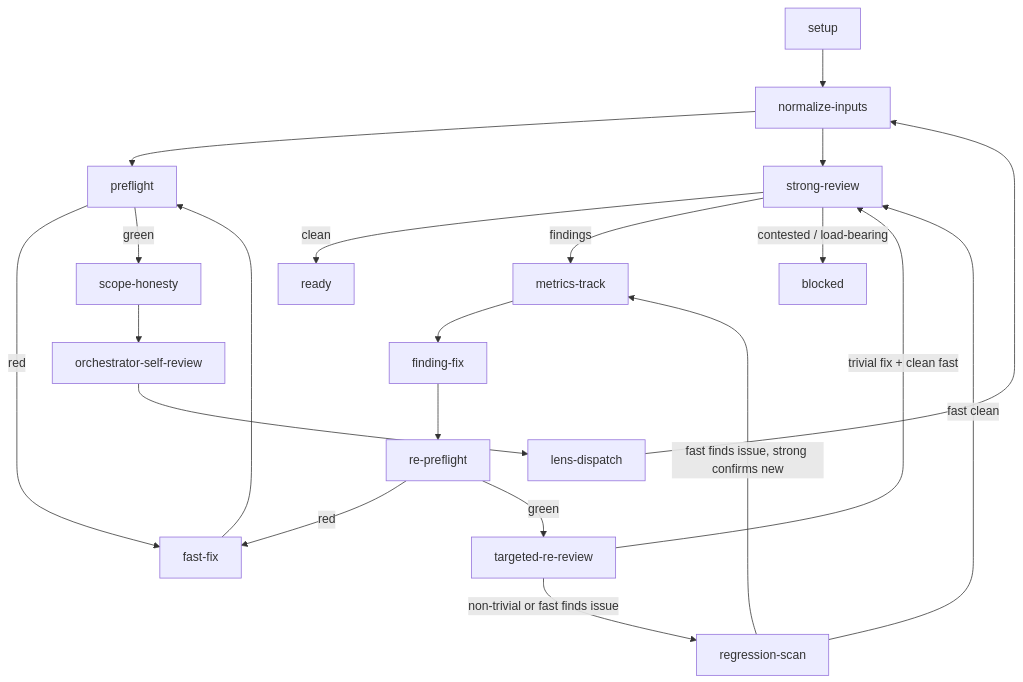
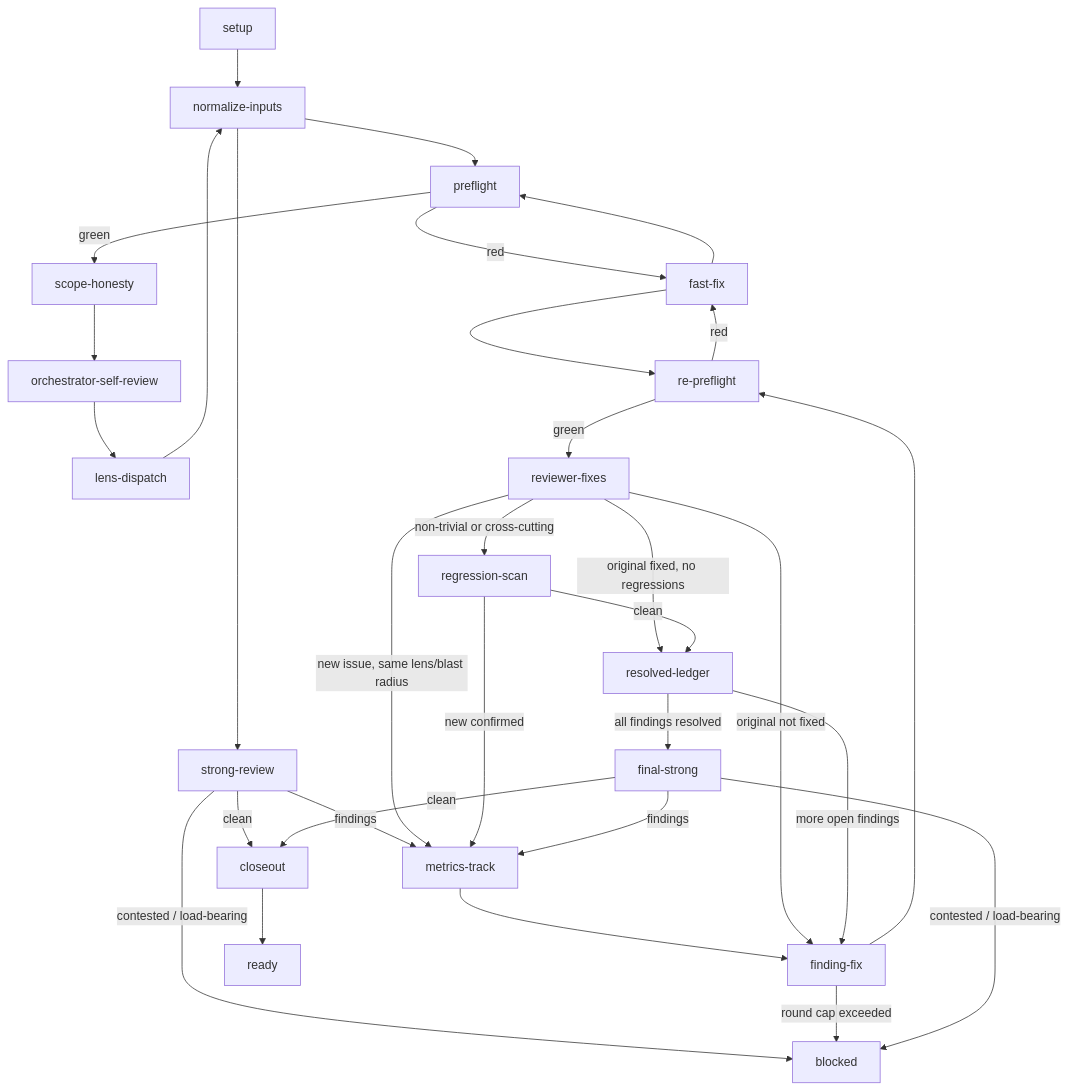
The diagram in .agents/skills/iterative-review/references/review-state-graph.md (HarleyBartles/agent-asset-marketplace), drawn with Mermaid before and after one commit. The commit also changed other lines of this file and 12 other files, not shown here.

First line of the commit message:
Reduce iterative-review churn with lens-aware reviewer-fixes and implementer-driven fixes (#267)

````diff
--- a/.agents/skills/iterative-review/references/review-state-graph.md
+++ b/.agents/skills/iterative-review/references/review-state-graph.md
@@ -9,23 +9,32 @@
 ```mermaid
 flowchart TD
-    setup --> normalize-inputs
-    normalize-inputs --> preflight
-    preflight -->|red| fast-fix
-    fast-fix --> preflight
-    preflight -->|green| scope-honesty
-    scope-honesty --> orchestrator-self-review
+    setup --> normalize-inputs --> preflight
+    preflight -->|red| fast-fix --> preflight
+    preflight -->|green| scope-honesty --> orchestrator-self-review
     orchestrator-self-review --> lens-dispatch
-    lens-dispatch --> normalize-inputs
-    normalize-inputs --> strong-review
-    strong-review -->|clean| ready
+    lens-dispatch --> normalize-inputs --> strong-review
+    strong-review -->|clean| closeout
     strong-review -->|findings| metrics-track
+    strong-review -->|contested / load-bearing| blocked
+
     metrics-track --> finding-fix
     finding-fix --> re-preflight
-    re-preflight -->|red| fast-fix
-    re-preflight -->|green| targeted-re-review
-    targeted-re-review -->|trivial fix + clean fast| strong-review
-    targeted-re-review -->|non-trivial or fast finds issue| regression-scan
-    regression-scan -->|fast clean| strong-review
-    regression-scan -->|fast finds issue, strong confirms new| metrics-track
-    strong-review -->|contested / load-bearing| blocked
+    finding-fix -->|round cap exceeded| blocked
+    re-preflight -->|red| fast-fix --> re-preflight
+    re-preflight -->|green| reviewer-fixes
+
+    reviewer-fixes -->|original fixed, no regressions| resolved-ledger
+    reviewer-fixes -->|original not fixed| finding-fix
+    reviewer-fixes -->|new issue, same lens/blast radius| metrics-track
+    reviewer-fixes -->|non-trivial or cross-cutting| regression-scan
+
+    regression-scan -->|clean| resolved-ledger
+    regression-scan -->|new confirmed| metrics-track
+
+    resolved-ledger -->|more open findings| finding-fix
+    resolved-ledger -->|all findings resolved| final-strong
+    final-strong -->|clean| closeout
+    final-strong -->|findings| metrics-track
+    final-strong -->|contested / load-bearing| blocked
+    closeout --> ready
 ```
````
